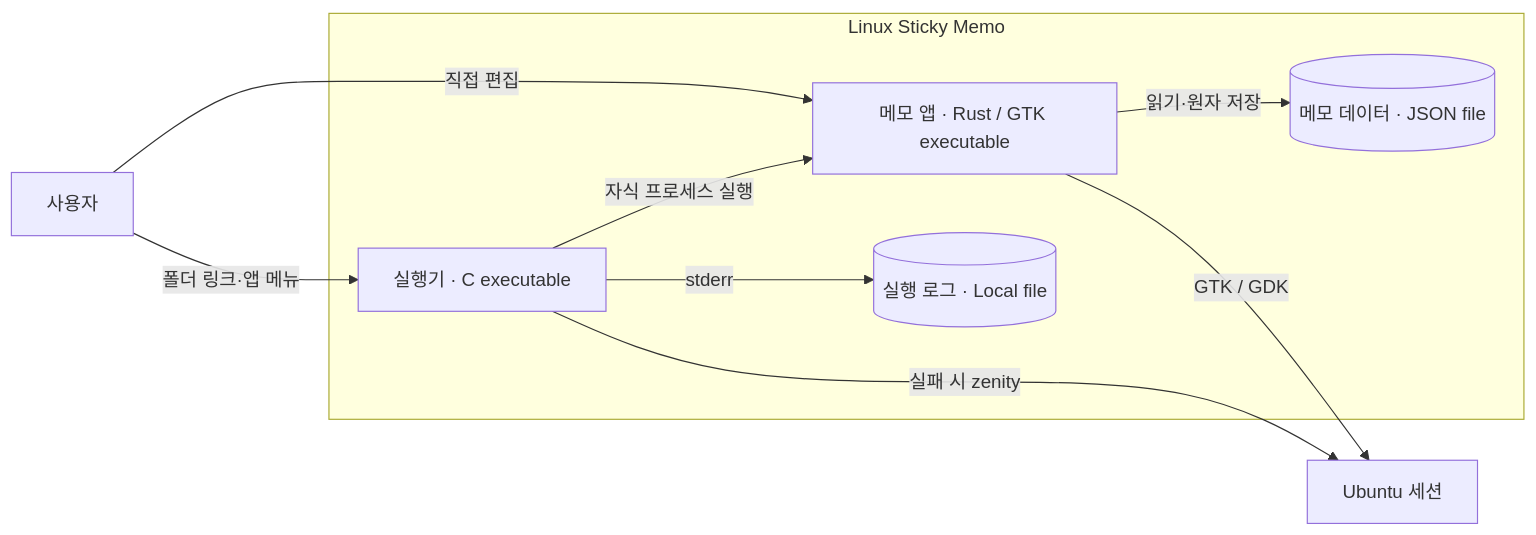
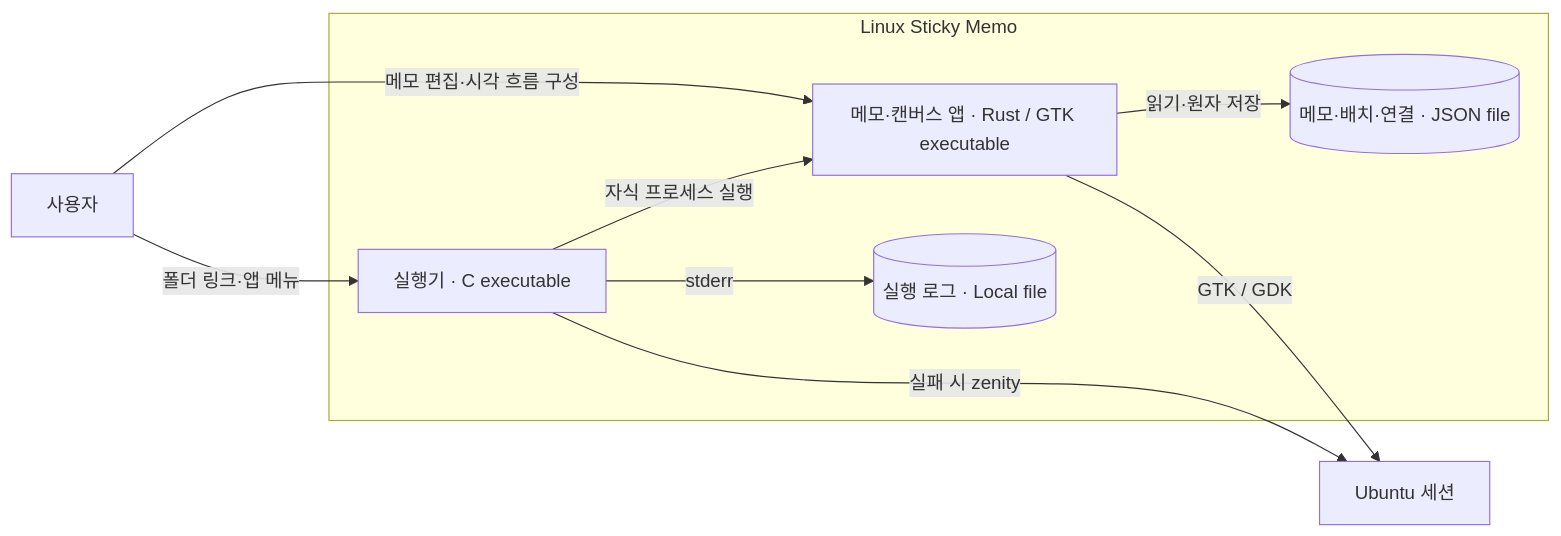
One commit to pollux-o4/MemoIvy changed the diagram in docs/architecture/overview/02-containers.md. Above: the diagram before and after it, drawn with Mermaid. The commit also changed other lines of this file and 27 other files, not shown here.

Commit message:
feat(canvas): add linked memo flows with smooth native motion

````diff
--- a/docs/architecture/overview/02-containers.md
+++ b/docs/architecture/overview/02-containers.md
@@ -3,18 +3,18 @@
 ```mermaid
 flowchart LR
     user["사용자"]
     desktop["Ubuntu 세션"]
     subgraph system["Linux Sticky Memo"]
         launcher["실행기 · C executable"]
-        app["메모 앱 · Rust / GTK executable"]
-        notes[("메모 데이터 · JSON file")]
+        app["메모·캔버스 앱 · Rust / GTK executable"]
+        notes[("메모·배치·연결 · JSON file")]
         log[("실행 로그 · Local file")]
     end
     user -->|폴더 링크·앱 메뉴| launcher
     launcher -->|자식 프로세스 실행| app
     launcher -->|stderr| log
     launcher -->|실패 시 zenity| desktop
-    user -->|직접 편집| app
+    user -->|메모 편집·시각 흐름 구성| app
     app -->|GTK / GDK| desktop
     app -->|읽기·원자 저장| notes
 ```
````
